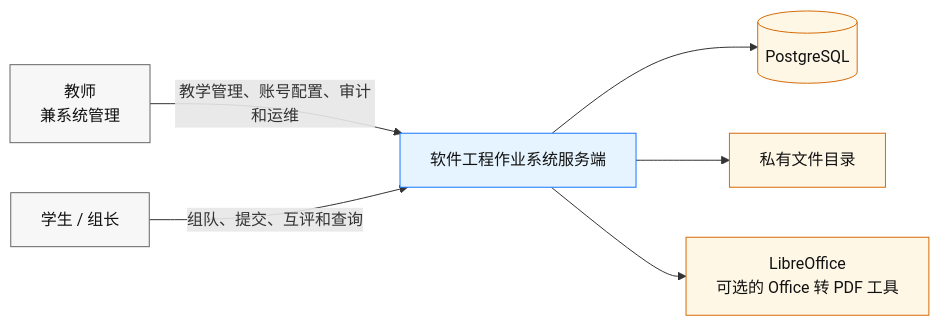
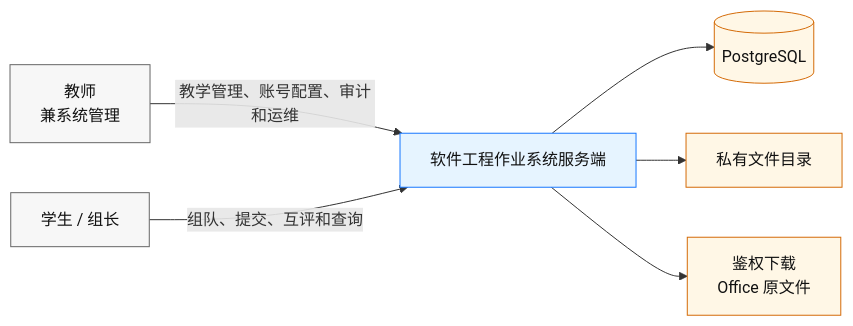
The first of 5 diagrams in docs/系统架构设计.md (jackli5541/rjgc-zy-system), drawn with Mermaid before and after one commit. The commit also changed other lines of this file and 27 other files, not shown here.

````diff
--- a/docs/系统架构设计.md
+++ b/docs/系统架构设计.md
@@ -27,16 +27,16 @@
 ```mermaid
 flowchart LR
     Teacher["教师<br/>兼系统管理"] -->|教学管理、账号配置、审计和运维| System["软件工程作业系统服务端"]
     Student["学生 / 组长"] -->|组队、提交、互评和查询| System
 
     System --> Database[("PostgreSQL")]
     System --> Files["私有文件目录"]
-    System --> Converter["LibreOffice<br/>可选的 Office 转 PDF 工具"]
+    System --> Download["鉴权下载<br/>Office 原文件"]
 
     classDef actor fill:#f7f7f7,stroke:#666,color:#111;
     classDef app fill:#e6f4ff,stroke:#1677ff,color:#111;
     classDef infra fill:#fff7e6,stroke:#d46b08,color:#111;
     class Teacher,Student actor;
     class System app;
-    class Database,Files,Converter infra;
+    class Database,Files,Download infra;
 ```
````
